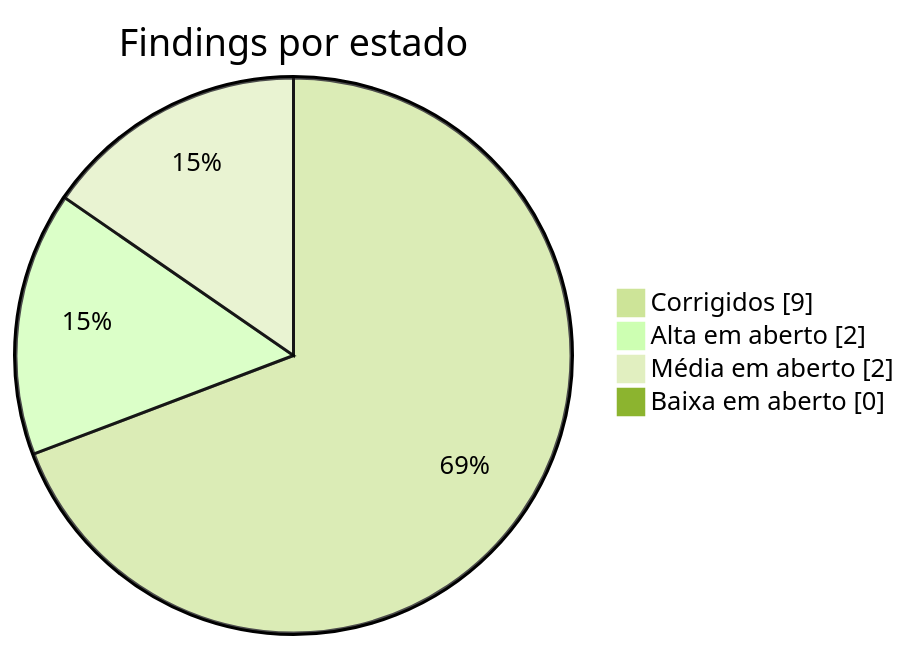
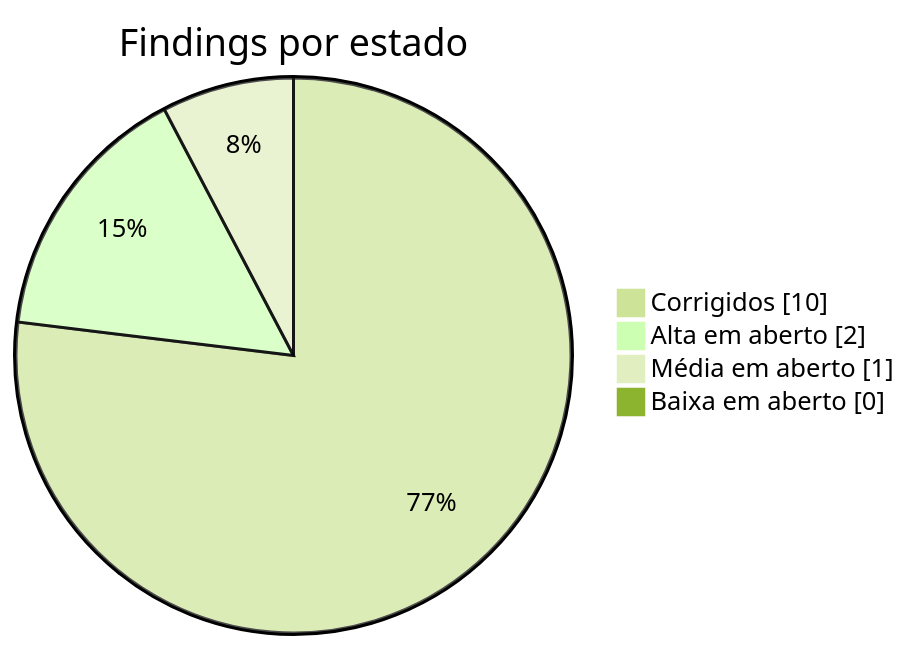
The first of 2 diagrams in docs/06-engineering/technical-debt.md (joaocarvalhini/Outlook-Reply-Assistant), drawn with Mermaid (forest theme) before and after one commit. The commit also changed other lines of this file and 3 other files, not shown here.

````diff
--- a/docs/06-engineering/technical-debt.md
+++ b/docs/06-engineering/technical-debt.md
@@ -20,8 +20,8 @@
 ```mermaid
 pie showData
     title Findings por estado
-    "Corrigidos" : 9
+    "Corrigidos" : 10
     "Alta em aberto" : 2
-    "Média em aberto" : 2
+    "Média em aberto" : 1
     "Baixa em aberto" : 0
 ```
````
